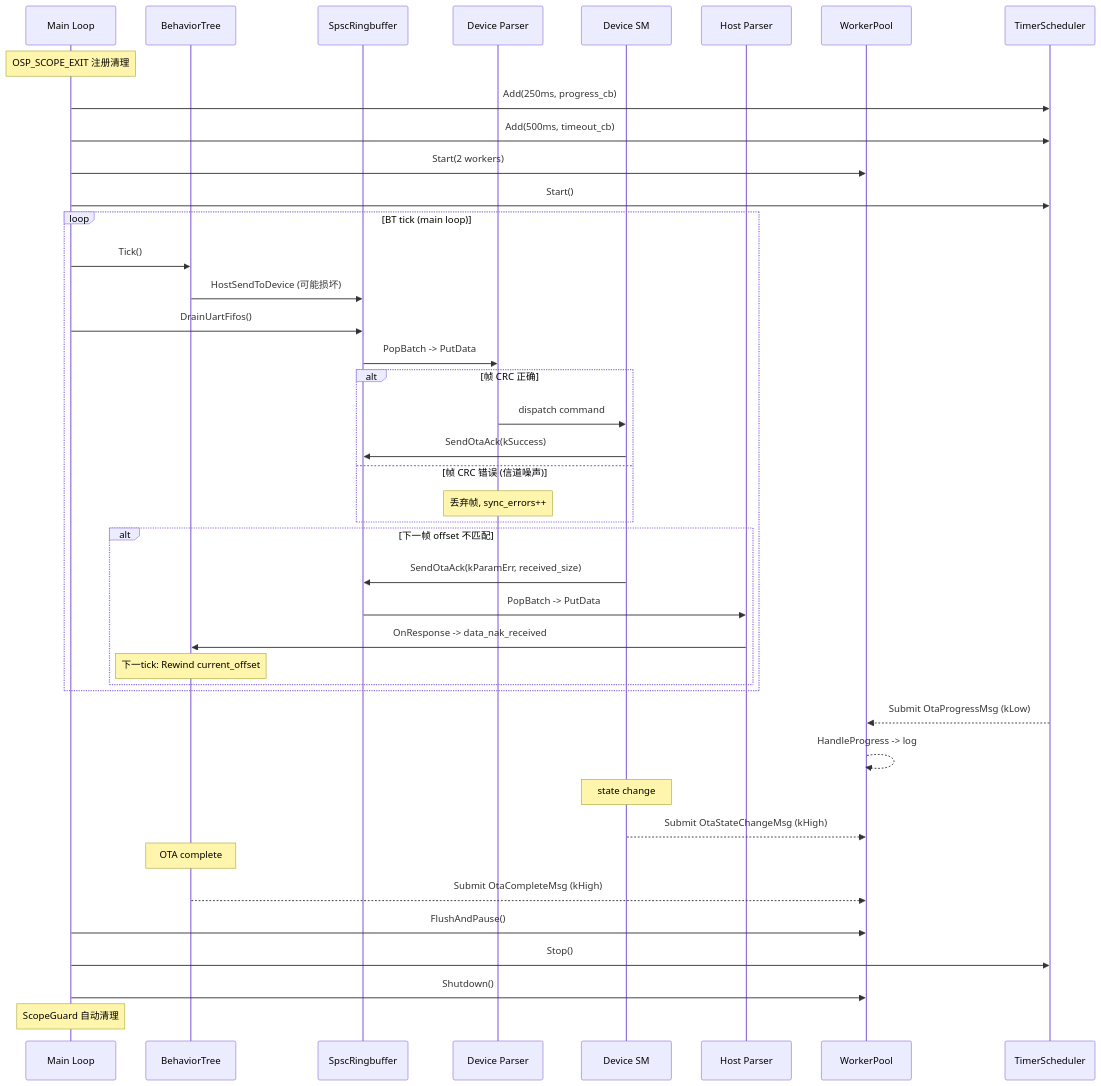
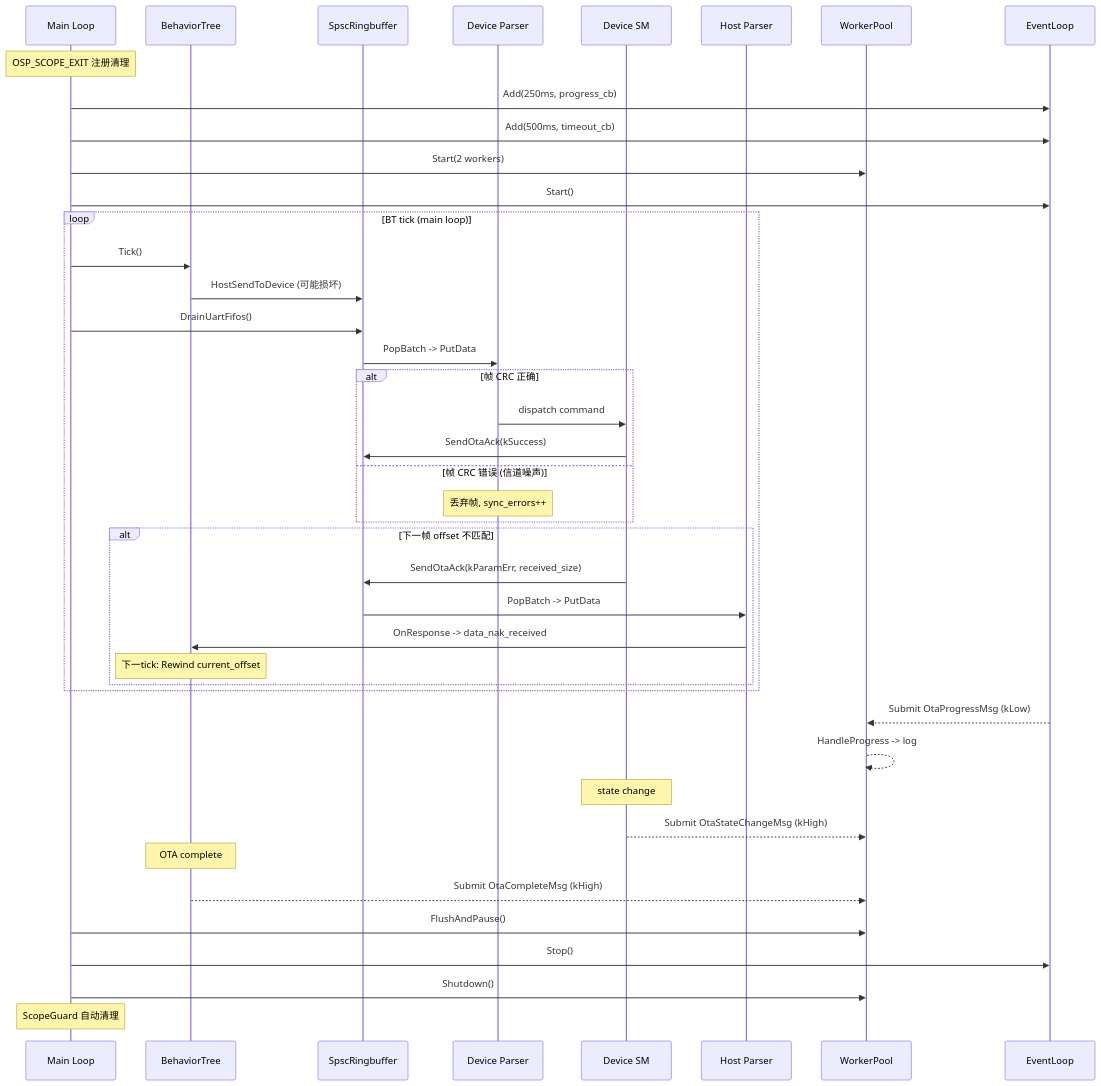
Before and after one commit to DeguiLiu/newosp: the second of 4 diagrams in examples/serial_ota/README.md, drawn with Mermaid. The commit also changed other lines of this file and 43 other files, not shown here.

````diff
--- a/examples/serial_ota/README.md
+++ b/examples/serial_ota/README.md
@@ -78,50 +78,50 @@
 ```mermaid
 sequenceDiagram
     participant ML as Main Loop
     participant BT as BehaviorTree
     participant FIFO as SpscRingbuffer
     participant DP as Device Parser
     participant SM as Device SM
     participant HP as Host Parser
     participant WP as WorkerPool
-    participant TM as TimerScheduler
+    participant TM as EventLoop
 
     Note over ML: OSP_SCOPE_EXIT 注册清理
 
     ML->>TM: Add(250ms, progress_cb)
     ML->>TM: Add(500ms, timeout_cb)
     ML->>WP: Start(2 workers)
     ML->>TM: Start()
 
     loop BT tick (main loop)
         ML->>BT: Tick()
         BT->>FIFO: HostSendToDevice (可能损坏)
         ML->>FIFO: DrainUartFifos()
         FIFO->>DP: PopBatch -> PutData
         alt 帧 CRC 正确
             DP->>SM: dispatch command
             SM->>FIFO: SendOtaAck(kSuccess)
         else 帧 CRC 错误 (信道噪声)
             Note over DP: 丢弃帧, sync_errors++
         end
         alt 下一帧 offset 不匹配
             SM->>FIFO: SendOtaAck(kParamErr, received_size)
             FIFO->>HP: PopBatch -> PutData
             HP->>BT: OnResponse -> data_nak_received
             Note over BT: 下一tick: Rewind current_offset
         end
     end
 
     TM-->>WP: Submit OtaProgressMsg (kLow)
     WP-->>WP: HandleProgress -> log
 
     Note over SM: state change
     SM-->>WP: Submit OtaStateChangeMsg (kHigh)
 
     Note over BT: OTA complete
     BT-->>WP: Submit OtaCompleteMsg (kHigh)
     ML->>WP: FlushAndPause()
     ML->>TM: Stop()
     ML->>WP: Shutdown()
     Note over ML: ScopeGuard 自动清理
 ```
````
